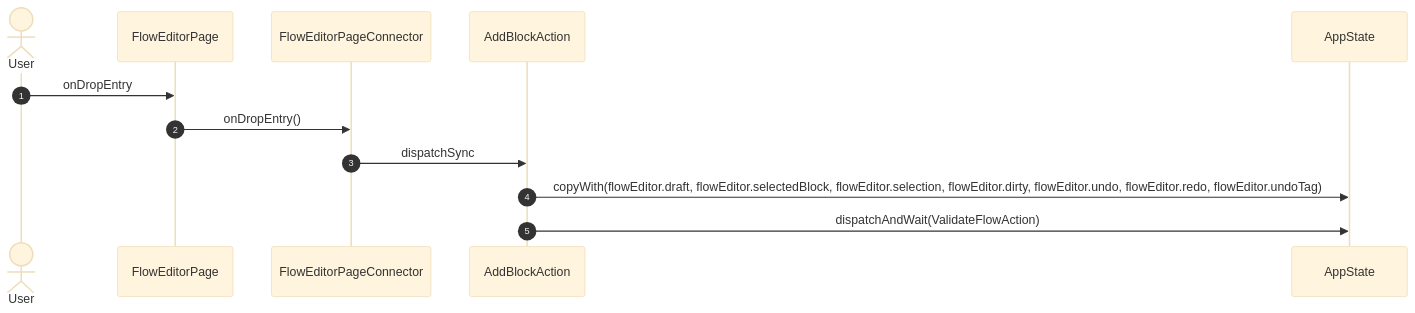
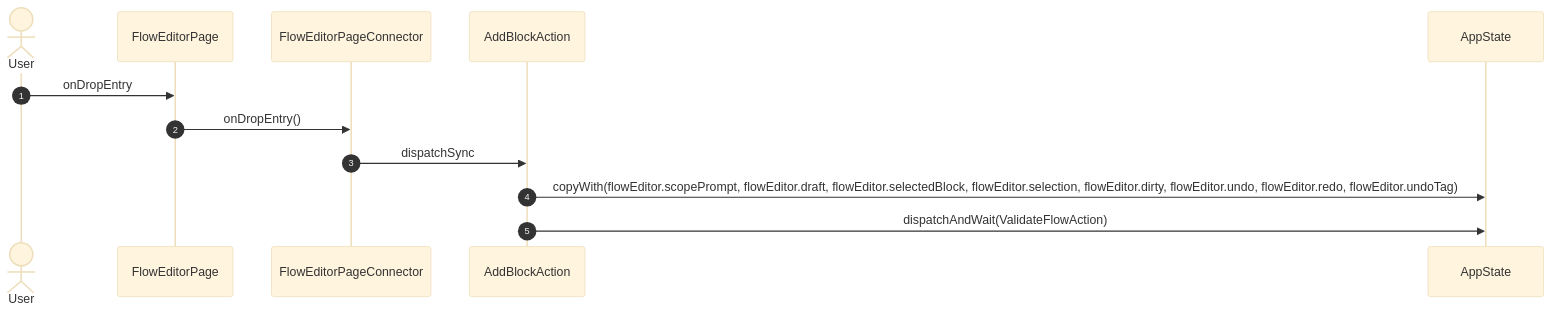
Before and after one commit to gencto/wyrm: diagram 34 of 42 in studio/docs/flows/flowEditor.md, drawn with Mermaid (base theme). The commit also changed other lines of this file and 7 other files, not shown here.

````diff
--- a/studio/docs/flows/flowEditor.md
+++ b/studio/docs/flows/flowEditor.md
@@ -453,15 +734,15 @@
 ```mermaid
 sequenceDiagram
     autonumber
     actor User
     participant UI as FlowEditorPage
     participant VM as FlowEditorPageConnector
     participant A1 as AddBlockAction
     participant ST as AppState
 
     User->>UI: onDropEntry
     UI->>VM: onDropEntry()
     VM->>A1: dispatchSync
-    A1->>ST: copyWith(flowEditor.draft, flowEditor.selectedBlock, flowEditor.selection, flowEditor.dirty, flowEditor.undo, flowEditor.redo, flowEditor.undoTag)
+    A1->>ST: copyWith(flowEditor.scopePrompt, flowEditor.draft, flowEditor.selectedBlock, flowEditor.selection, flowEditor.dirty, flowEditor.undo, flowEditor.redo, flowEditor.undoTag)
     A1->>ST: dispatchAndWait(ValidateFlowAction)
 ```
````
